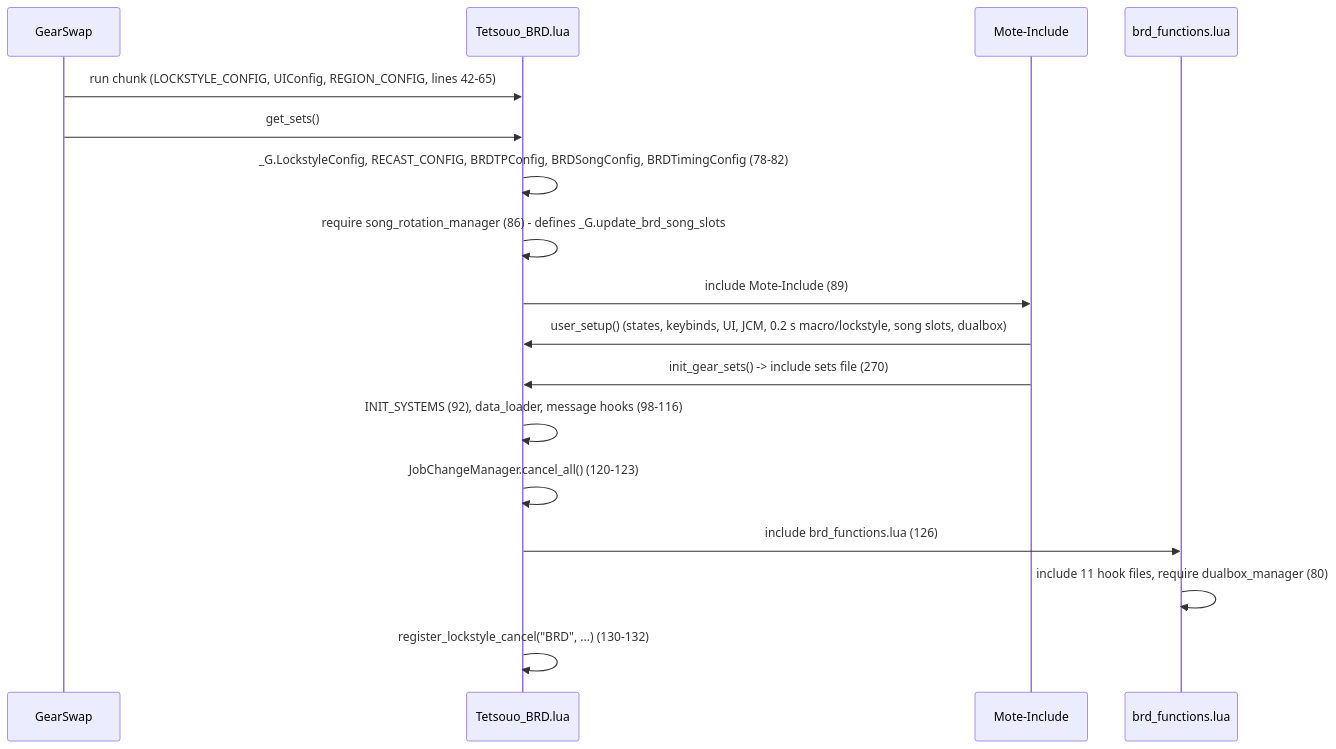
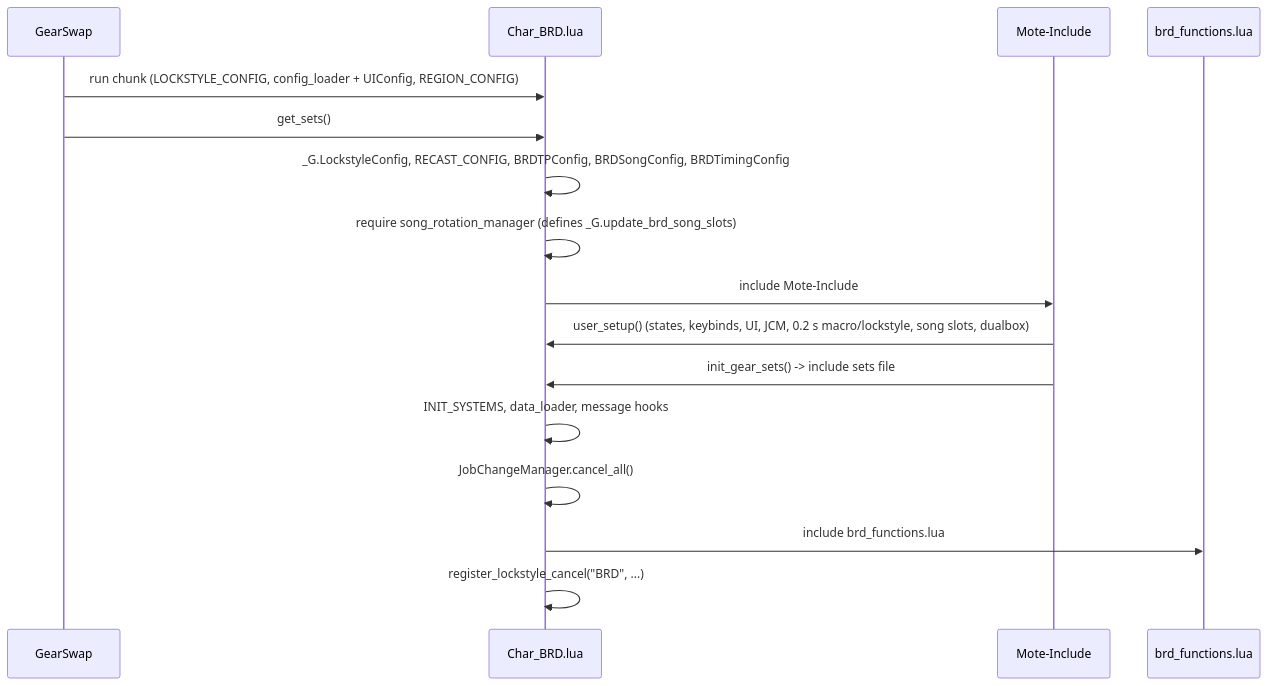
Before and after one commit to ejouanchicot/Gearswap: the first of 3 diagrams in docs/dev/jobs/brd.md, drawn with Mermaid. The commit also changed other lines of this file and 31 other files, not shown here.

````diff
--- a/docs/dev/jobs/brd.md
+++ b/docs/dev/jobs/brd.md
@@ -91,19 +87,18 @@
 ```mermaid
 sequenceDiagram
     participant GS as GearSwap
-    participant E as Tetsouo_BRD.lua
+    participant E as Char_BRD.lua
     participant M as Mote-Include
     participant F as brd_functions.lua
-    GS->>E: run chunk (LOCKSTYLE_CONFIG, UIConfig, REGION_CONFIG, lines 42-65)
+    GS->>E: run chunk (LOCKSTYLE_CONFIG, config_loader + UIConfig, REGION_CONFIG)
     GS->>E: get_sets()
-    E->>E: _G.LockstyleConfig, RECAST_CONFIG, BRDTPConfig, BRDSongConfig, BRDTimingConfig (78-82)
-    E->>E: require song_rotation_manager (86) - defines _G.update_brd_song_slots
-    E->>M: include Mote-Include (89)
+    E->>E: _G.LockstyleConfig, RECAST_CONFIG, BRDTPConfig, BRDSongConfig, BRDTimingConfig
+    E->>E: require song_rotation_manager (defines _G.update_brd_song_slots)
+    E->>M: include Mote-Include
     M->>E: user_setup() (states, keybinds, UI, JCM, 0.2 s macro/lockstyle, song slots, dualbox)
-    M->>E: init_gear_sets() -> include sets file (270)
-    E->>E: INIT_SYSTEMS (92), data_loader, message hooks (98-116)
-    E->>E: JobChangeManager.cancel_all() (120-123)
-    E->>F: include brd_functions.lua (126)
-    F->>F: include 11 hook files, require dualbox_manager (80)
-    E->>E: register_lockstyle_cancel("BRD", ...) (130-132)
+    M->>E: init_gear_sets() -> include sets file
+    E->>E: INIT_SYSTEMS, data_loader, message hooks
+    E->>E: JobChangeManager.cancel_all()
+    E->>F: include brd_functions.lua
+    E->>E: register_lockstyle_cancel("BRD", ...)
 ```
````
